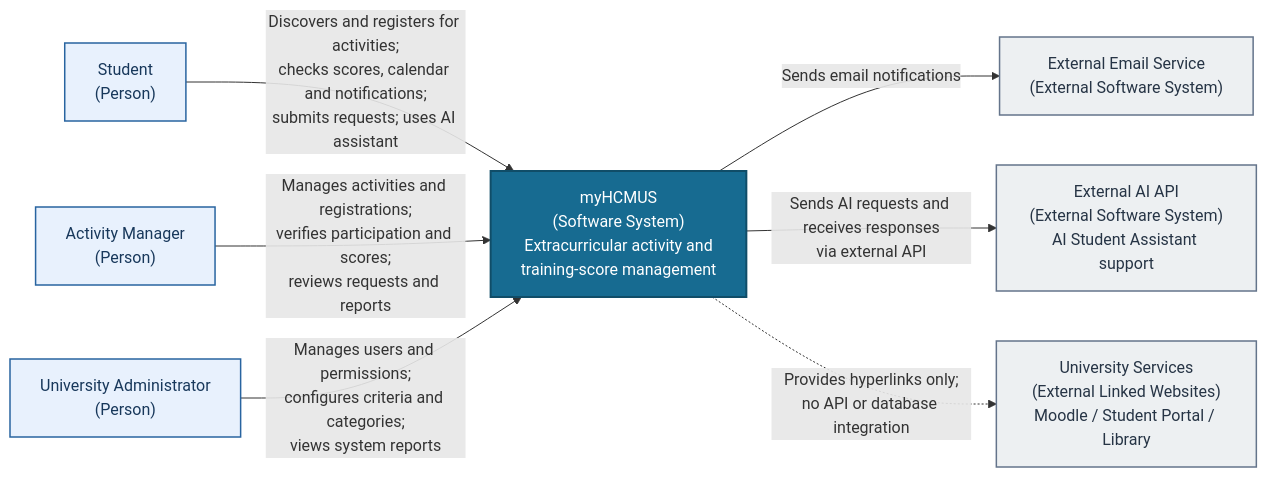
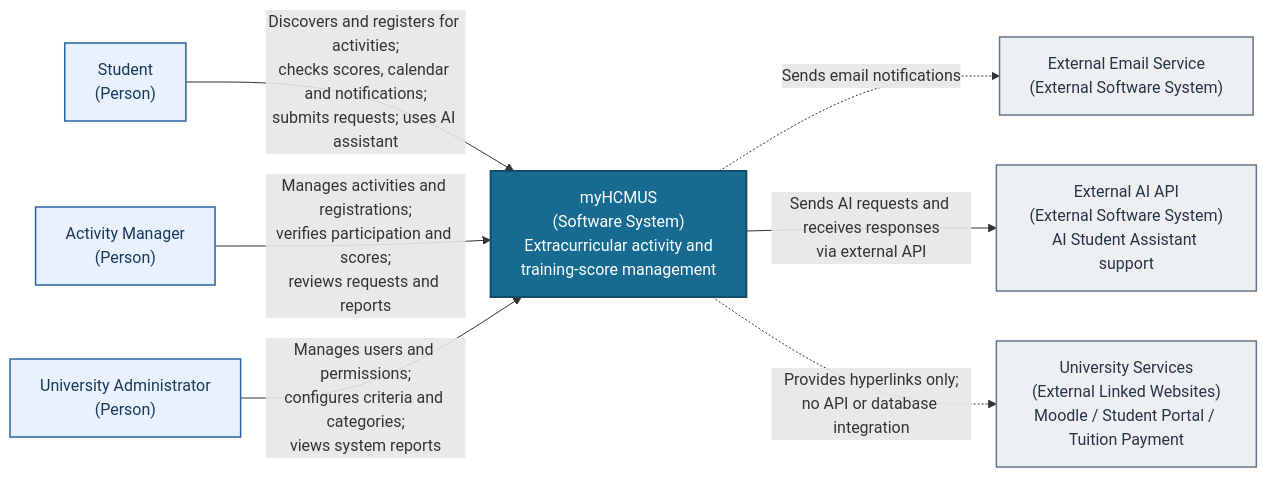
Before and after one commit to APCSk24-CS300/cs300-project: the diagram in docs/analysis-and-design/architecture/system-context-diagram.md, drawn with Mermaid. The commit also changed other lines of this file and 1 other file, not shown here.

Commit message:
update system diagram and business rule

````diff
--- a/docs/analysis-and-design/architecture/system-context-diagram.md
+++ b/docs/analysis-and-design/architecture/system-context-diagram.md
@@ -15,28 +15,28 @@
 ```mermaid
 flowchart LR
     student["Student<br/>(Person)"]
     manager["Activity Manager<br/>(Person)"]
     admin["University Administrator<br/>(Person)"]
 
     system["myHCMUS<br/>(Software System)<br/>Extracurricular activity and<br/>training-score management"]
 
     email["External Email Service<br/>(External Software System)"]
     ai["External AI API<br/>(External Software System)<br/>AI Student Assistant support"]
-    university["University Services<br/>(External Linked Websites)<br/>Moodle / Student Portal / Library"]
+    university["University Services<br/>(External Linked Websites)<br/>Moodle / Student Portal / Tuition Payment"]
 
     student -->|"Discovers and registers for activities;<br/>checks scores, calendar and notifications;<br/>submits requests; uses AI assistant"| system
     manager -->|"Manages activities and registrations;<br/>verifies participation and scores;<br/>reviews requests and reports"| system
     admin -->|"Manages users and permissions;<br/>configures criteria and categories;<br/>views system reports"| system
 
-    system -->|"Sends email notifications"| email
+    system -.->|"Sends email notifications"| email
     system -->|"Sends AI requests and receives responses<br/>via external API"| ai
     system -.->|"Provides hyperlinks only;<br/>no API or database integration"| university
 
     classDef person fill:#E8F1FD,stroke:#2864A0,color:#18385B,stroke-width:1.5px;
     classDef internal fill:#176B91,stroke:#104D68,color:#FFFFFF,stroke-width:2px;
     classDef external fill:#EDF0F2,stroke:#64748B,color:#263445,stroke-width:1.5px;
 
     class student,manager,admin person;
     class system internal;
     class email,ai,university external;
 ```
````
